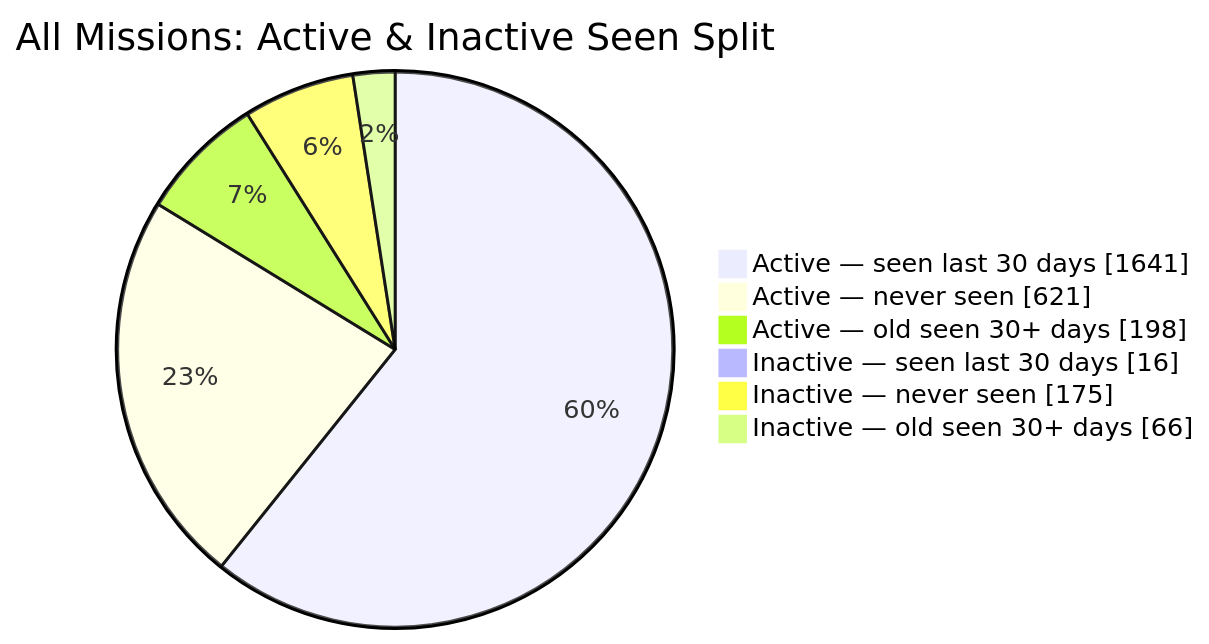
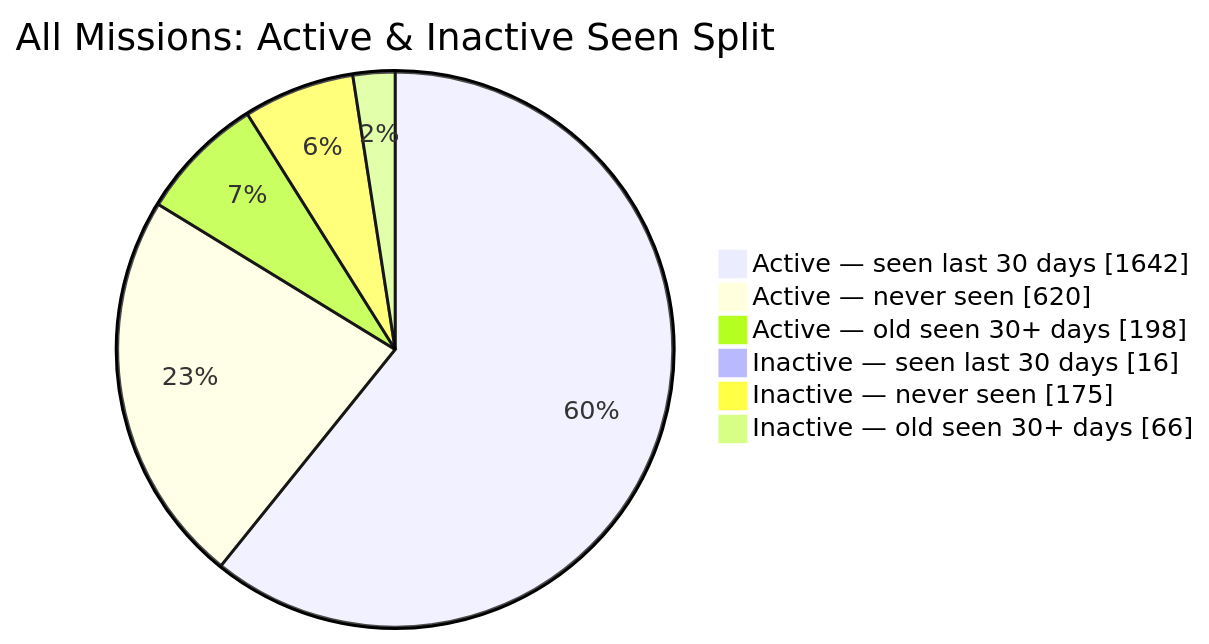
Before and after one commit to MeldkamerspelGameTeam/active-missions: the second of 2 diagrams in README.md, drawn with Mermaid. The commit also changed other lines of this file and 8 other files, not shown here.

````diff
--- a/README.md
+++ b/README.md
@@ -44,10 +44,10 @@
 ```mermaid
 pie showData
     title All Missions: Active & Inactive Seen Split
-    "Active — seen last 30 days" : 1641
-    "Active — never seen" : 621
+    "Active — seen last 30 days" : 1642
+    "Active — never seen" : 620
     "Active — old seen 30+ days" : 198
     "Inactive — seen last 30 days" : 16
     "Inactive — never seen" : 175
     "Inactive — old seen 30+ days" : 66
 ```
````
